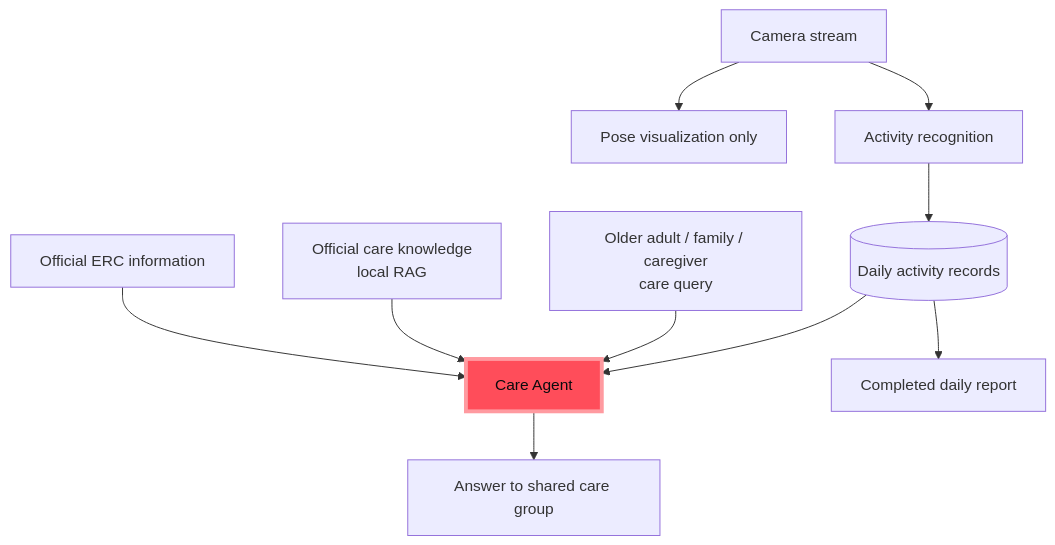
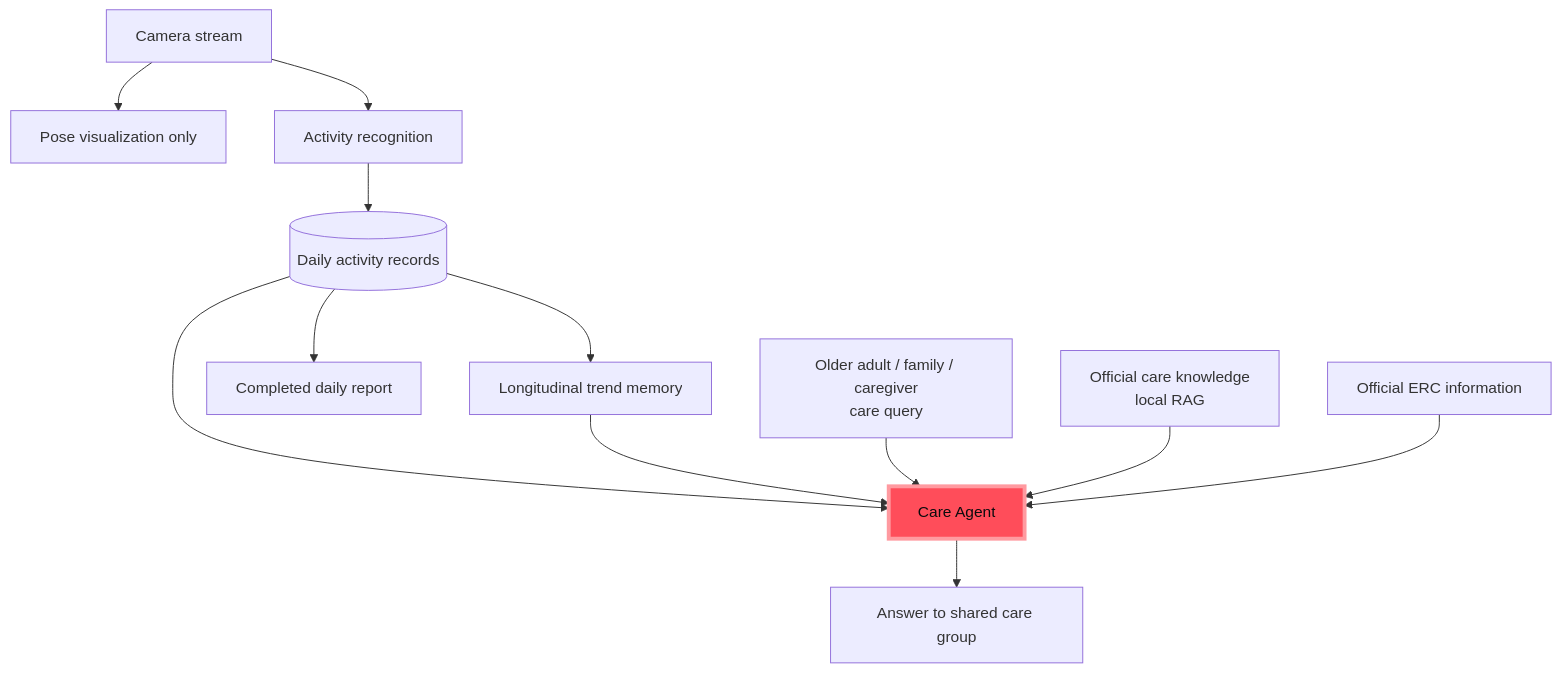
One commit to HenryyyW/ElderCare-showcase changed the diagram in README.md. Above: the diagram before and after it, drawn with Mermaid. The commit also changed other lines of this file and 1 other file, not shown here.

Commit message:
docs: add events trend showcase

````diff
--- a/README.md
+++ b/README.md
@@ -20,14 +21,16 @@
 ```mermaid
 flowchart TD
     Camera[Camera stream] --> Privacy[Pose visualization only]
     Camera --> Activity[Activity recognition]
     Activity --> Records[(Daily activity records)]
+    Records --> Trend[Longitudinal trend memory]
     Records --> Agent
     Records --> Reports[Completed daily report]
+    Trend --> Agent
     User[Older adult / family / caregiver<br/>care query] --> Agent[Care Agent]
     RAG[Official care knowledge<br/>local RAG] --> Agent
     ERC[Official ERC information] --> Agent
     Agent --> Shared[Answer to shared care group]
     classDef agent fill:#ff4d5a,stroke:#ff9aa0,color:#0b0b0d,stroke-width:4px;
     class Agent agent;
 ```
````
